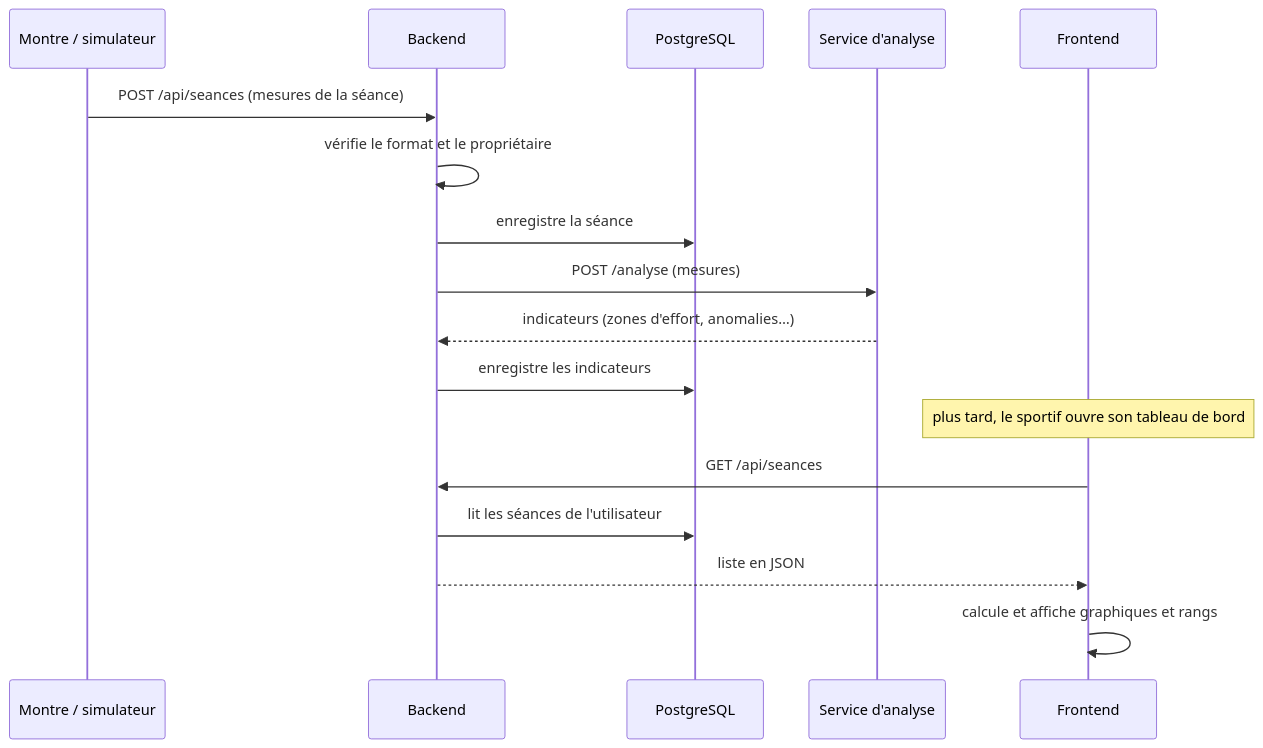
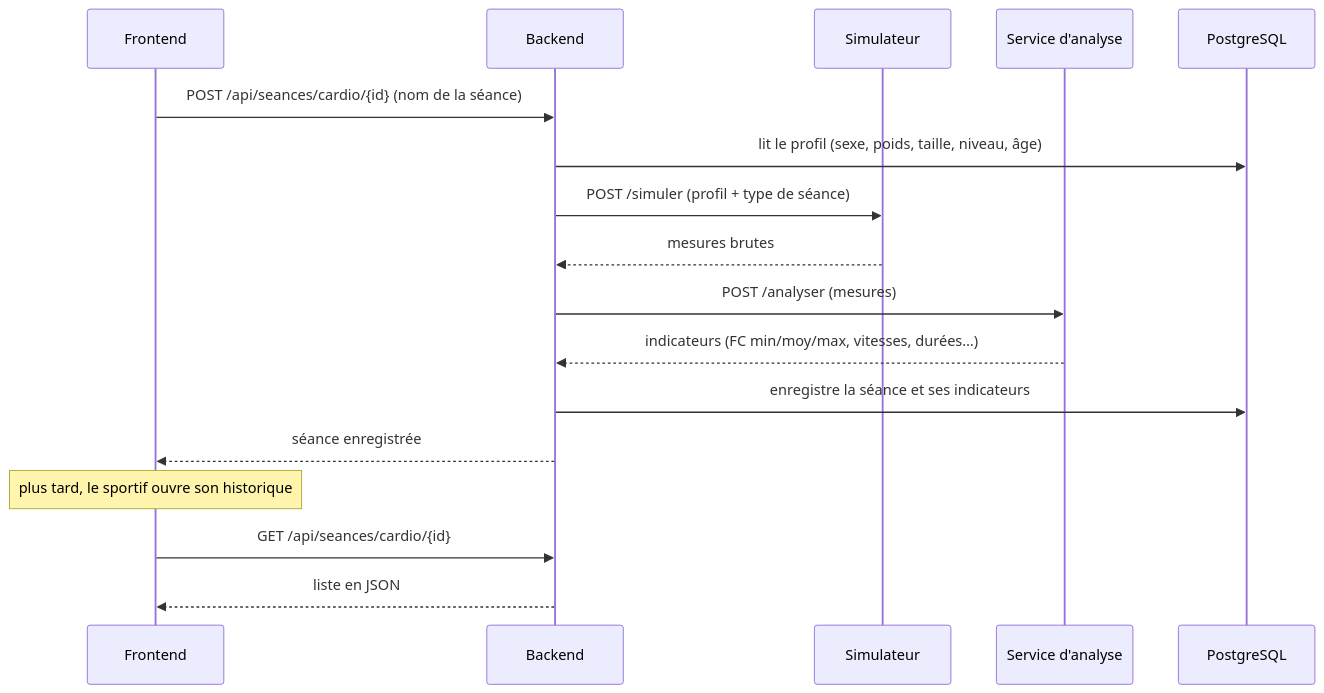
Before and after one commit to RIZIWYX/DataFit: the third of 3 diagrams in docs/architecture.md, drawn with Mermaid. The commit also changed other lines of this file and 13 other files, not shown here.

Commit message:
Doc technique à jour (API, architecture, base, sécurité, déploiement), README, licence MIT, CI, retrait de .vscode

````diff
--- a/docs/architecture.md
+++ b/docs/architecture.md
@@ -78,20 +78,20 @@
 ```mermaid
 sequenceDiagram
-    participant M as Montre / simulateur
+    participant F as Frontend
     participant B as Backend
+    participant S as Simulateur
+    participant A as Service d'analyse
     participant DB as PostgreSQL
-    participant A as Service d'analyse
-    participant F as Frontend
 
-    M->>B: POST /api/seances (mesures de la séance)
-    B->>B: vérifie le format et le propriétaire
-    B->>DB: enregistre la séance
-    B->>A: POST /analyse (mesures)
-    A-->>B: indicateurs (zones d'effort, anomalies…)
-    B->>DB: enregistre les indicateurs
-    Note over F: plus tard, le sportif ouvre son tableau de bord
-    F->>B: GET /api/seances
-    B->>DB: lit les séances de l'utilisateur
+    F->>B: POST /api/seances/cardio/{id} (nom de la séance)
+    B->>DB: lit le profil (sexe, poids, taille, niveau, âge)
+    B->>S: POST /simuler (profil + type de séance)
+    S-->>B: mesures brutes
+    B->>A: POST /analyser (mesures)
+    A-->>B: indicateurs (FC min/moy/max, vitesses, durées…)
+    B->>DB: enregistre la séance et ses indicateurs
+    B-->>F: séance enregistrée
+    Note over F: plus tard, le sportif ouvre son historique
+    F->>B: GET /api/seances/cardio/{id}
     B-->>F: liste en JSON
-    F->>F: calcule et affiche graphiques et rangs
 ```
````
